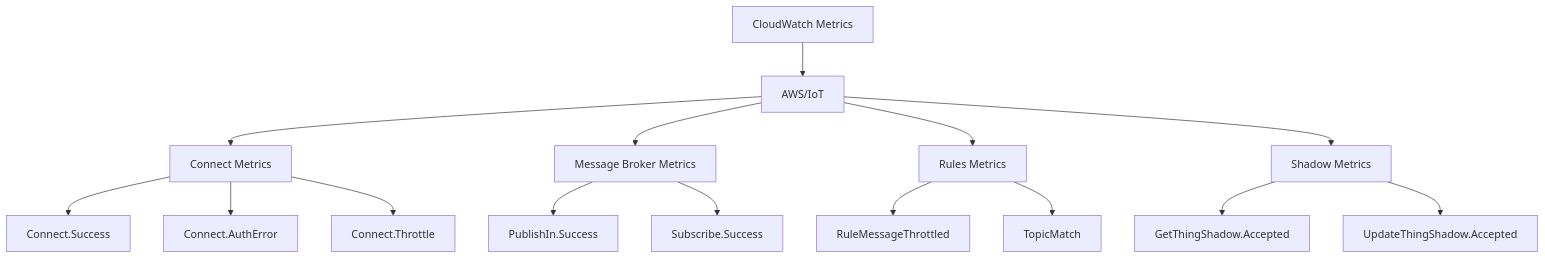
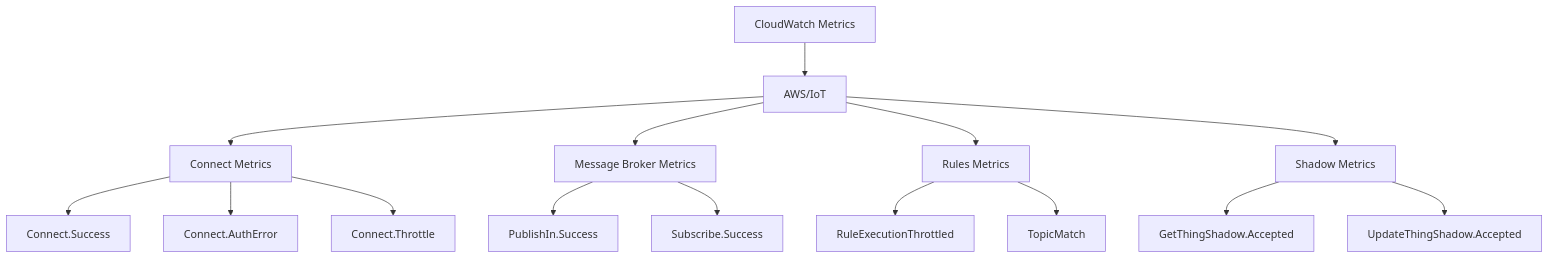
The diagram in posts/2026-02-12-monitor-iot-devices-with-cloudwatch/README.md (OneUptime/blog), drawn with Mermaid before and after one commit. The commit also changed other lines of this file and 2 other files, not shown here.

````diff
--- a/posts/2026-02-12-monitor-iot-devices-with-cloudwatch/README.md
+++ b/posts/2026-02-12-monitor-iot-devices-with-cloudwatch/README.md
@@ -21,17 +21,17 @@
 ```mermaid
 graph TD
     A[CloudWatch Metrics] --> B[AWS/IoT]
     B --> C[Connect Metrics]
     B --> D[Message Broker Metrics]
     B --> E[Rules Metrics]
     B --> F[Shadow Metrics]
     C --> C1[Connect.Success]
     C --> C2[Connect.AuthError]
     C --> C3[Connect.Throttle]
     D --> D1[PublishIn.Success]
     D --> D2[Subscribe.Success]
-    E --> E1[RuleMessageThrottled]
+    E --> E1[RuleExecutionThrottled]
     E --> E2[TopicMatch]
     F --> F1[GetThingShadow.Accepted]
     F --> F2[UpdateThingShadow.Accepted]
 ```
````
